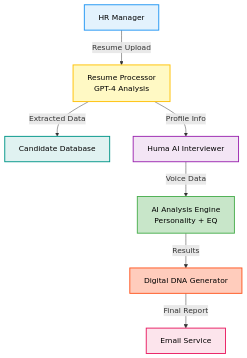
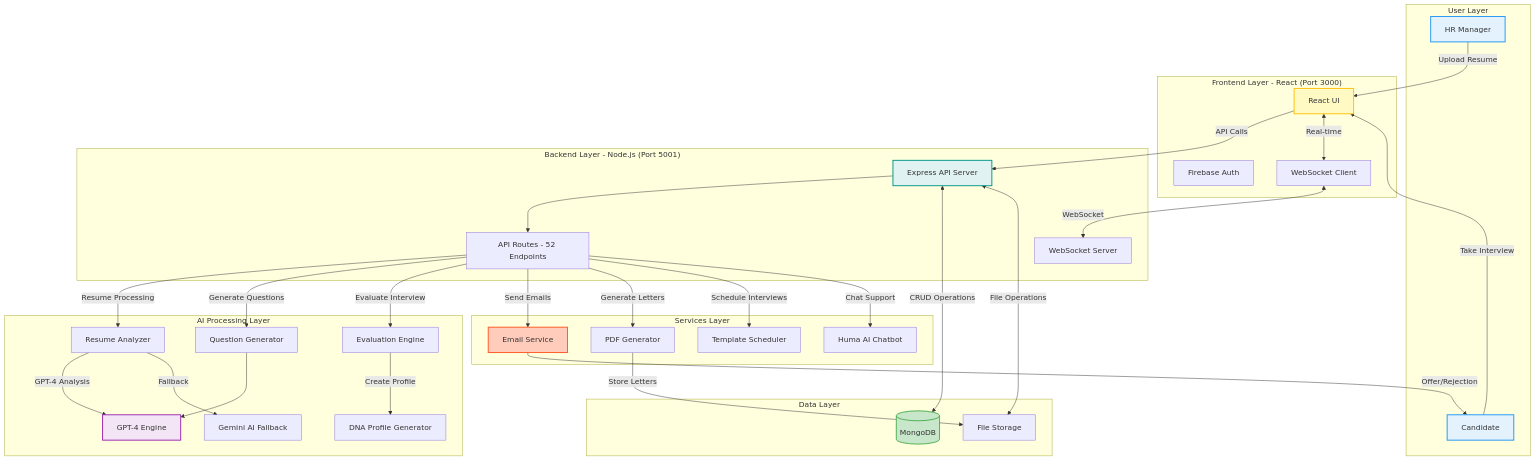
The diagram in README.md (AbhishekGiri04/HR-GenAI), drawn with Mermaid before and after one commit. The commit also changed other lines of this file and 22 other files, not shown here.

````diff
--- a/README.md
+++ b/README.md
@@ -232,17 +275,76 @@
 ```mermaid
-graph TD
-    A[HR Manager] -->|Resume Upload| B[Resume Processor<br/>GPT-4 Analysis]
-    B -->|Extracted Data| C[Candidate Database]
-    B -->|Profile Info| D[Huma AI Interviewer]
-    D -->|Voice Data| E[AI Analysis Engine<br/>Personality + EQ]
-    E -->|Results| F[Digital DNA Generator]
-    F -->|Final Report| G[Email Service]
+graph TB
+    subgraph "User Layer"
+        HR[HR Manager]
+        CAND[Candidate]
+    end
     
-    style A fill:#E3F2FD,stroke:#2196F3,stroke-width:2px,color:#000
-    style B fill:#FFF9C4,stroke:#FFC107,stroke-width:2px,color:#000
-    style C fill:#E0F2F1,stroke:#009688,stroke-width:2px,color:#000
-    style D fill:#F3E5F5,stroke:#9C27B0,stroke-width:2px,color:#000
-    style E fill:#C8E6C9,stroke:#4CAF50,stroke-width:2px,color:#000
-    style F fill:#FFCCBC,stroke:#FF5722,stroke-width:2px,color:#000
-    style G fill:#FCE4EC,stroke:#E91E63,stroke-width:2px,color:#000
+    subgraph "Frontend Layer - React (Port 3000)"
+        UI[React UI]
+        AUTH[Firebase Auth]
+        WS_CLIENT[WebSocket Client]
+    end
+    
+    subgraph "Backend Layer - Node.js (Port 5001)"
+        API[Express API Server]
+        WS_SERVER[WebSocket Server]
+        ROUTES[API Routes - 52 Endpoints]
+    end
+    
+    subgraph "AI Processing Layer"
+        GPT4[GPT-4 Engine]
+        GEMINI[Gemini AI Fallback]
+        RESUME_AI[Resume Analyzer]
+        QUESTION_GEN[Question Generator]
+        EVAL_ENGINE[Evaluation Engine]
+        DNA_GEN[DNA Profile Generator]
+    end
+    
+    subgraph "Services Layer"
+        EMAIL[Email Service]
+        PDF_GEN[PDF Generator]
+        SCHEDULER[Template Scheduler]
+        HUMA[Huma AI Chatbot]
+    end
+    
+    subgraph "Data Layer"
+        MONGO[(MongoDB)]
+        UPLOADS[File Storage]
+    end
+    
+    HR -->|Upload Resume| UI
+    CAND -->|Take Interview| UI
+    UI -->|API Calls| API
+    UI <-->|Real-time| WS_CLIENT
+    WS_CLIENT <-->|WebSocket| WS_SERVER
+    
+    API --> ROUTES
+    ROUTES -->|Resume Processing| RESUME_AI
+    RESUME_AI -->|GPT-4 Analysis| GPT4
+    RESUME_AI -->|Fallback| GEMINI
+    
+    ROUTES -->|Generate Questions| QUESTION_GEN
+    QUESTION_GEN --> GPT4
+    
+    ROUTES -->|Evaluate Interview| EVAL_ENGINE
+    EVAL_ENGINE -->|Create Profile| DNA_GEN
+    
+    ROUTES -->|Send Emails| EMAIL
+    ROUTES -->|Generate Letters| PDF_GEN
+    ROUTES -->|Schedule Interviews| SCHEDULER
+    ROUTES -->|Chat Support| HUMA
+    
+    API <-->|CRUD Operations| MONGO
+    API <-->|File Operations| UPLOADS
+    
+    EMAIL -->|Offer/Rejection| CAND
+    PDF_GEN -->|Store Letters| UPLOADS
+    
+    style HR fill:#E3F2FD,stroke:#2196F3,stroke-width:2px
+    style CAND fill:#E3F2FD,stroke:#2196F3,stroke-width:2px
+    style UI fill:#FFF9C4,stroke:#FFC107,stroke-width:2px
+    style API fill:#E0F2F1,stroke:#009688,stroke-width:2px
+    style GPT4 fill:#F3E5F5,stroke:#9C27B0,stroke-width:2px
+    style MONGO fill:#C8E6C9,stroke:#4CAF50,stroke-width:2px
+    style EMAIL fill:#FFCCBC,stroke:#FF5722,stroke-width:2px
 ```
````
